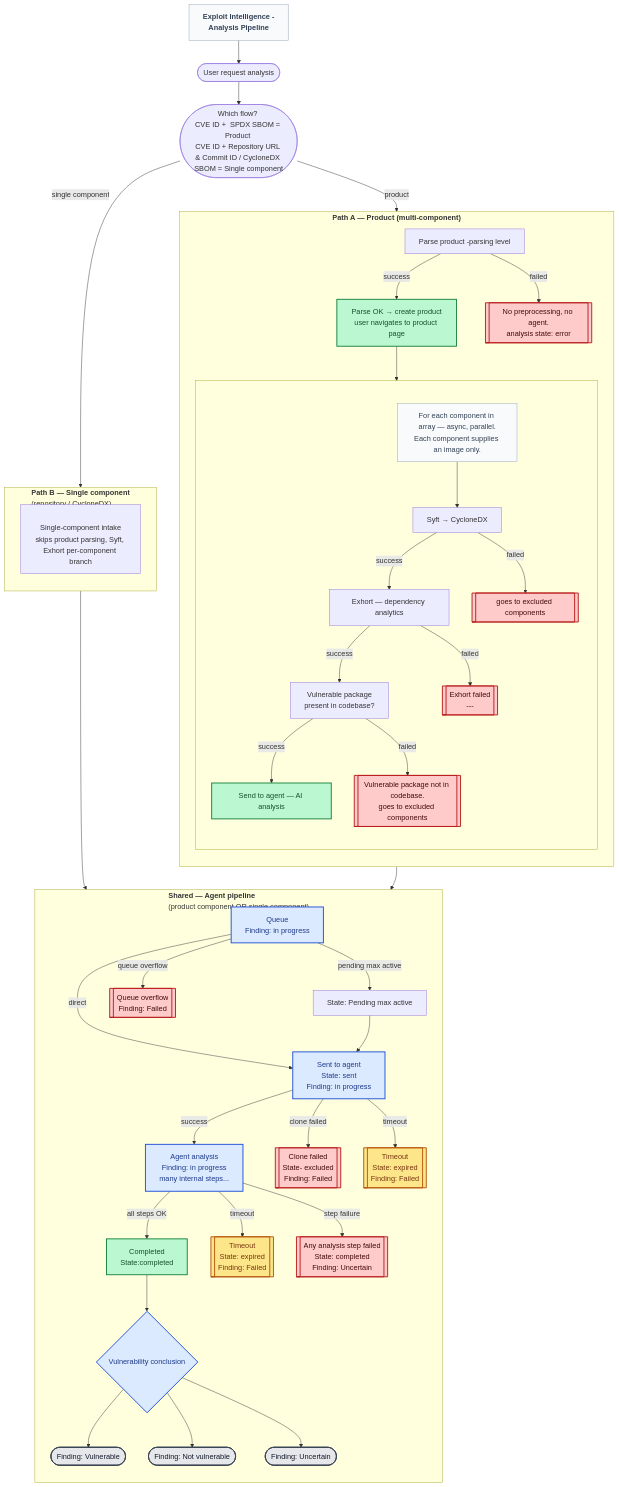
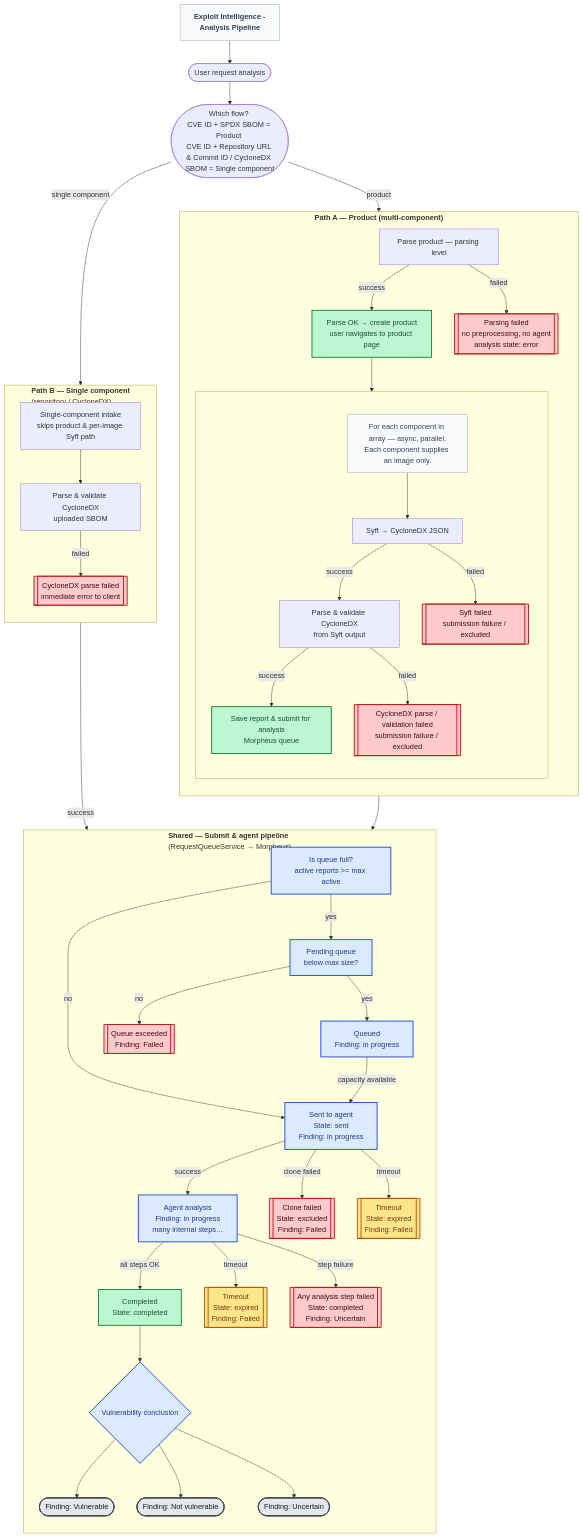
Before and after one commit to RHEcosystemAppEng/agent-morpheus-client: the diagram in README.md, drawn with Mermaid. The commit also changed 1 other file, not shown here.

Commit message:
fix: flowchart review fixes

````diff
--- a/README.md
+++ b/README.md
@@ -136,24 +136,22 @@
 
     START([User request analysis])
 
-    SPLIT([Which flow? <br/>CVE ID +  SPDX SBOM = Product <br/>CVE ID + Repository URL & Commit ID / CycloneDX SBOM = Single component<br/>])
+    SPLIT([Which flow? <br/>CVE ID + SPDX SBOM = Product <br/>CVE ID + Repository URL &amp; Commit ID / CycloneDX SBOM = Single component<br/>])
 
     subgraph PRODUCT["<b>Path A — Product (multi-component)</b>"]
         direction TB
-        P_PARSE[Parse product -parsing level]
-        P_PARSE_ERR[[No preprocessing, no agent.<br/>analysis state: error]]
+        P_PARSE[Parse product — parsing level]
+        P_PARSE_ERR[[Parsing failed<br/>no preprocessing, no agent<br/>analysis state: error]]
         P_OK[Parse OK → create product<br/>user navigates to product page]
 
         subgraph PER_COMP[" "]
             direction TB
             PER_CAPTION["For each component in array — async, parallel.<br/>Each component supplies an image only."]
-            SYFT[Syft → CycloneDX]
-            SYFT_FAIL[[goes to excluded components]]
-            EXHORT[Exhort — dependency analytics]
-            EXHORT_ERR[[Exhort failed <br/>---]]
-            VULN_CHECK[Vulnerable package<br/>present in codebase?]
-            TO_AGENT[Send to agent — AI analysis]
-            NO_VULN_EXCL[[Vulnerable package not in codebase.<br/>goes to excluded components]]
+            SYFT[Syft → CycloneDX JSON]
+            SYFT_FAIL[[Syft failed<br/>submission failure / excluded]]
+            CYCLONE_VAL["Parse &amp; validate CycloneDX<br/>from Syft output"]
+            CYCLONE_FAIL[[CycloneDX parse / validation failed<br/>submission failure / excluded]]
+            TO_AGENT["Save report &amp; submit for analysis<br/>Morpheus queue"]
 
             PER_CAPTION --> SYFT
         end
@@ -161,31 +159,32 @@
         P_PARSE -->|success| P_OK
         P_PARSE -->|failed| P_PARSE_ERR
         P_OK --> PER_CAPTION
-        SYFT -->|success| EXHORT
+        SYFT -->|success| CYCLONE_VAL
         SYFT -->|failed| SYFT_FAIL
-        EXHORT -->|success| VULN_CHECK
-        EXHORT -->|failed| EXHORT_ERR
-        VULN_CHECK -->|success| TO_AGENT
-        VULN_CHECK -->|failed| NO_VULN_EXCL
+        CYCLONE_VAL -->|success| TO_AGENT
+        CYCLONE_VAL -->|failed| CYCLONE_FAIL
     end
 
     subgraph SINGLE["<b>Path B — Single component</b><br/>(repository / CycloneDX)"]
         direction TB
-        SC_START[<br/>Single-component intake<br/>skips product parsing, Syft, Exhort per-component branch]
+        SC_START[Single-component intake<br/>skips product &amp; per-image Syft path]
+        SC_CYCLONE["Parse &amp; validate CycloneDX<br/>uploaded SBOM"]
+        SC_CYCLONE_ERR[[CycloneDX parse failed<br/>immediate error to client]]
     end
 
-    subgraph AGENT["<b>Shared — Agent pipeline</b><br/>(product component OR single component)"]
+    subgraph AGENT["<b>Shared — Submit &amp; agent pipeline</b><br/>(RequestQueueService → Morpheus)"]
         direction TB
-        A_Q[Queue<br/>Finding: in progress]
-        A_PENDING_MAX[State: Pending max active]
-        A_Q_OVERFLOW[[Queue overflow<br/>Finding: Failed]]
+        QUEUE_GATE["Is queue full?<br/>active reports &gt;= max active"]
+        PEND_CAP[Pending queue<br/>below max size?]
+        QUEUED[Queued<br/>Finding: in progress]
+        A_Q_OVERFLOW[[Queue exceeded<br/>Finding: Failed]]
         A_SENT[Sent to agent<br/>State: sent<br/>Finding: in progress]
-        A_CLONE_FAIL[[Clone failed<br/>State- excluded<br/>Finding: Failed]]
+        A_CLONE_FAIL[[Clone failed<br/>State: excluded<br/>Finding: Failed]]
         A_T1[[Timeout<br/>State: expired<br/>Finding: Failed]]
-        A_ANAL[Agent analysis<br/>Finding: in progress<br/> many internal steps...]
+        A_ANAL[Agent analysis<br/>Finding: in progress<br/>many internal steps…]
         A_STEP_FAIL[[Any analysis step failed<br/>State: completed<br/>Finding: Uncertain]]
         A_T2[[Timeout<br/>State: expired<br/>Finding: Failed]]
-        A_DONE[Completed<br/>State:completed]
+        A_DONE[Completed<br/>State: completed]
         A_RESULT{Vulnerability conclusion}
         A_VULN([Finding: Vulnerable])
         A_SAFE([Finding: Not vulnerable])
@@ -197,13 +196,17 @@
     SPLIT -->|product| P_PARSE
     SPLIT -->|single component| SC_START
 
-    SC_START --> A_Q
-    TO_AGENT --> A_Q
+    SC_START --> SC_CYCLONE
+    SC_CYCLONE -->|success| QUEUE_GATE
+    SC_CYCLONE -->|failed| SC_CYCLONE_ERR
+    TO_AGENT --> QUEUE_GATE
 
-    A_Q -->|direct| A_SENT
-    A_Q -->|pending max active| A_PENDING_MAX
-    A_Q -->|queue overflow| A_Q_OVERFLOW
-    A_PENDING_MAX --> A_SENT
+    QUEUE_GATE -->|no| A_SENT
+    QUEUE_GATE -->|yes| PEND_CAP
+    PEND_CAP -->|yes| QUEUED
+    PEND_CAP -->|no| A_Q_OVERFLOW
+    QUEUED -->|capacity available| A_SENT
+
     A_SENT -->|success| A_ANAL
     A_SENT -->|clone failed| A_CLONE_FAIL
     A_SENT -->|timeout| A_T1
@@ -213,10 +216,10 @@
     A_DONE --> A_RESULT
     A_RESULT --> A_VULN & A_SAFE & A_UNCERT
 
-    class P_PARSE_ERR,SYFT_FAIL,EXHORT_ERR,NO_VULN_EXCL,A_CLONE_FAIL,A_STEP_FAIL,A_Q_OVERFLOW error
+    class P_PARSE_ERR,SYFT_FAIL,CYCLONE_FAIL,SC_CYCLONE_ERR,A_CLONE_FAIL,A_STEP_FAIL,A_Q_OVERFLOW error
     class A_T1,A_T2 timeout
     class A_VULN,A_SAFE,A_UNCERT terminal
-    class A_Q,A_SENT,A_ANAL,A_RESULT progress
+    class QUEUE_GATE,PEND_CAP,QUEUED,A_SENT,A_ANAL,A_RESULT progress
     class P_OK,A_DONE,TO_AGENT ok
     class PER_CAPTION caption
 ```
````
